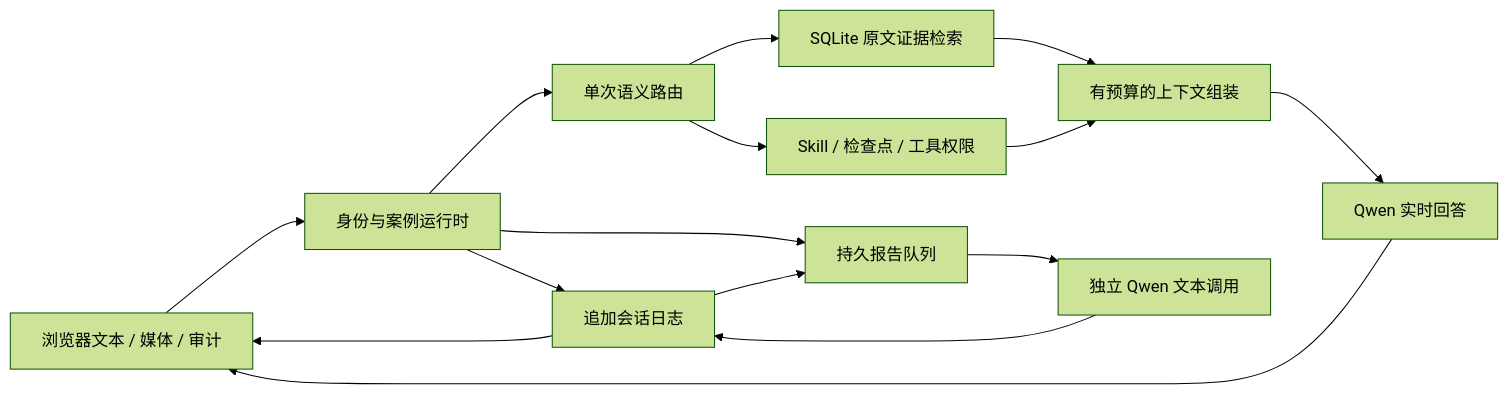
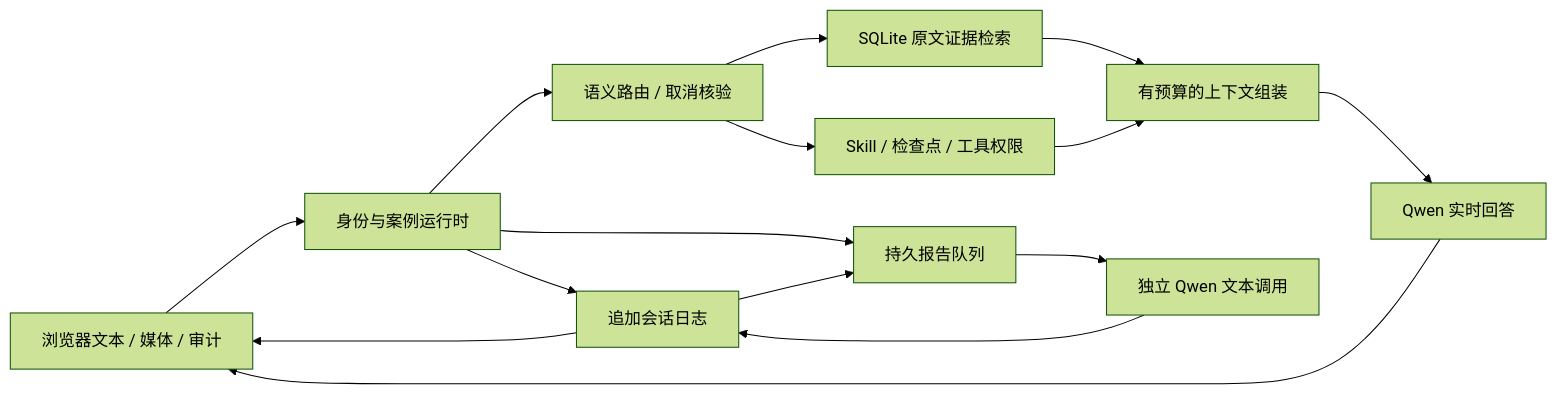
One commit to bhc6/EgoAssist changed the diagram in README.md. Above: the diagram before and after it, drawn with Mermaid (forest theme). The commit also changed other lines of this file and 42 other files, not shown here.

````diff
--- a/README.md
+++ b/README.md
@@ -56,17 +59,17 @@
 ```mermaid
 flowchart LR
     Browser[浏览器文本 / 媒体 / 审计] --> Server[身份与案例运行时]
     Server --> Journal[追加会话日志]
-    Server --> Router[单次语义路由]
+    Server --> Router[语义路由 / 取消核验]
     Router --> Task[Skill / 检查点 / 工具权限]
     Router --> Memory[SQLite 原文证据检索]
     Memory --> Context[有预算的上下文组装]
     Task --> Context
     Context --> Realtime[Qwen 实时回答]
     Realtime --> Browser
     Server --> Jobs[持久报告队列]
     Jobs --> Report[独立 Qwen 文本调用]
     Journal --> Jobs
     Report --> Journal
     Journal --> Browser
 ```
````
